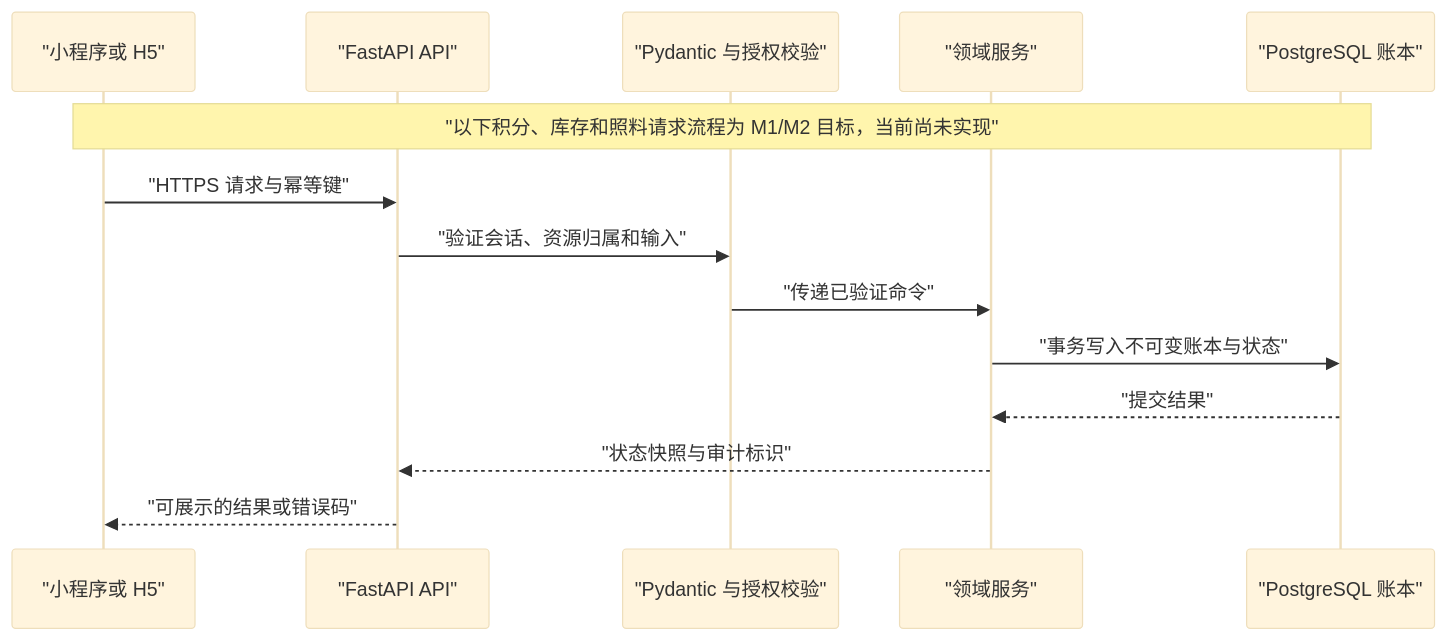
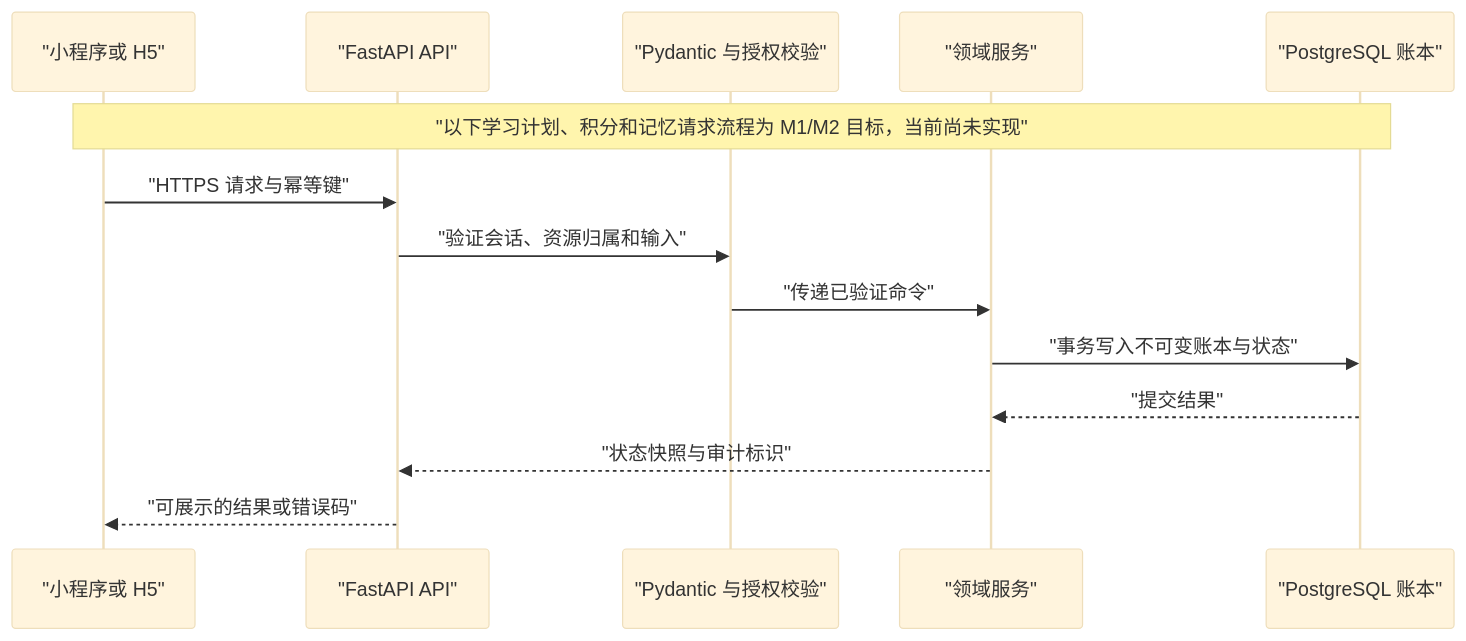
The second of 3 diagrams in Architecture Diagram.md (swyx-zq/EnglishPetCarePlan), drawn with Mermaid (base theme) before and after one commit. The commit also changed other lines of this file and 9 other files, not shown here.

````diff
--- a/Architecture Diagram.md
+++ b/Architecture Diagram.md
@@ -49,17 +49,17 @@
 ```mermaid
 sequenceDiagram
     participant client as "小程序或 H5"
     participant api as "FastAPI API"
     participant schema as "Pydantic 与授权校验"
     participant domain as "领域服务"
     participant store as "PostgreSQL 账本"
 
-    Note over client,store: "以下积分、库存和照料请求流程为 M1/M2 目标，当前尚未实现"
+    Note over client,store: "以下学习计划、积分和记忆请求流程为 M1/M2 目标，当前尚未实现"
     client->>api: "HTTPS 请求与幂等键"
     api->>schema: "验证会话、资源归属和输入"
     schema->>domain: "传递已验证命令"
     domain->>store: "事务写入不可变账本与状态"
     store-->>domain: "提交结果"
     domain-->>api: "状态快照与审计标识"
     api-->>client: "可展示的结果或错误码"
 ```
````
